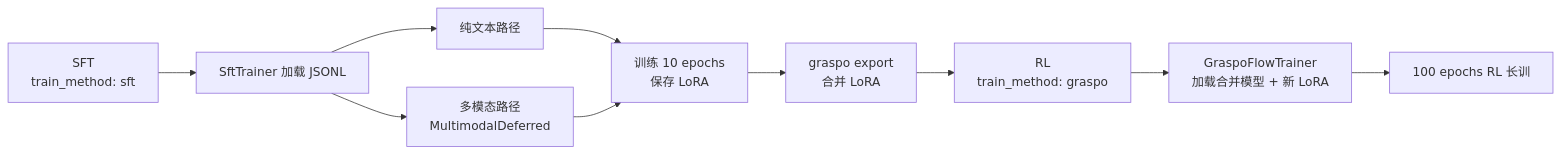
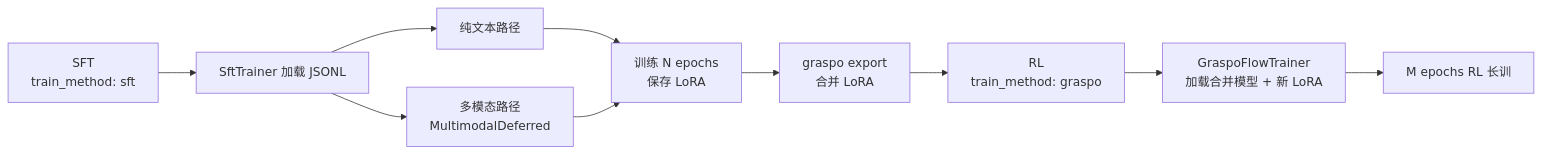
One commit to godthrone/graspo changed the fourth of 4 diagrams in docs/architecture.md. Above: the diagram before and after it, drawn with Mermaid. The commit also changed other lines of this file and 12 other files, not shown here.

````diff
--- a/docs/architecture.md
+++ b/docs/architecture.md
@@ -76,12 +102,12 @@
 ```mermaid
 flowchart LR
     SFT["SFT<br/>train_method: sft"] --> LOAD["SftTrainer 加载 JSONL"]
     LOAD --> TXT["纯文本路径"]
     LOAD --> MM["多模态路径<br/>MultimodalDeferred"]
-    TXT --> EPOCH["训练 10 epochs<br/>保存 LoRA"]
+    TXT --> EPOCH["训练 N epochs<br/>保存 LoRA"]
     MM --> EPOCH
     EPOCH --> EXPORT["graspo export<br/>合并 LoRA"]
     EXPORT --> RL["RL<br/>train_method: graspo"]
     RL --> RLN["GraspoFlowTrainer<br/>加载合并模型 + 新 LoRA"]
-    RLN --> RLL["100 epochs RL 长训"]
+    RLN --> RLL["M epochs RL 长训"]
 ```
````
